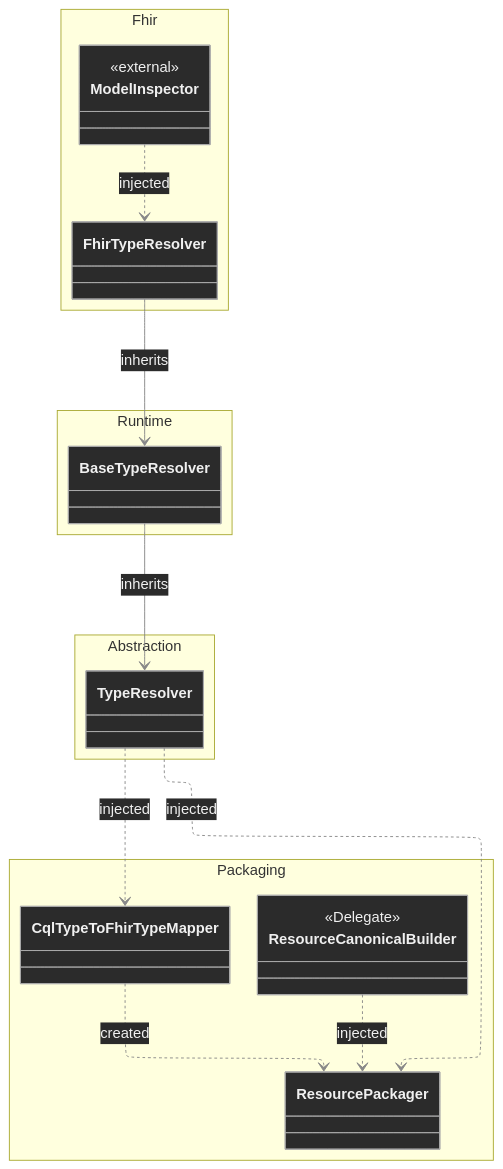
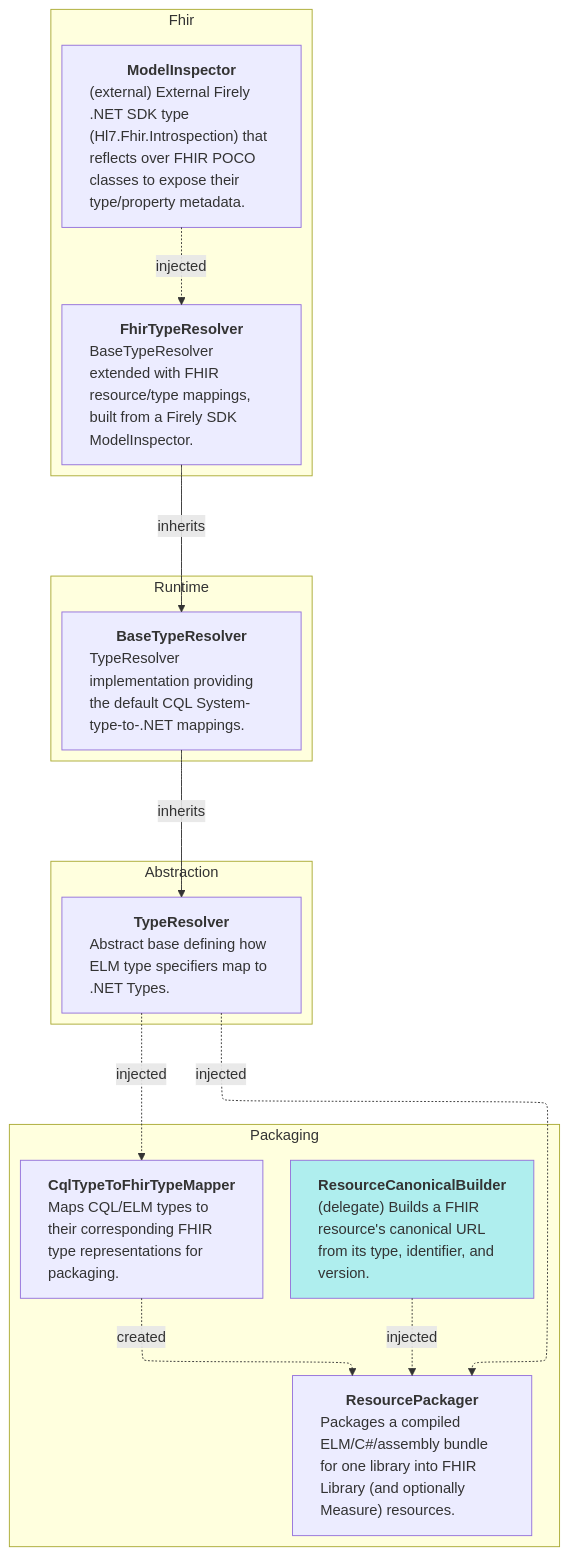
One commit to FirelyTeam/firely-cql-sdk changed the diagram in docs/diagrams/dependency-diagrams.packaging-toolkit-services.mmd. Above: the diagram before and after it, drawn with Mermaid. The commit also changed 8 other files, not shown here.

First line of the commit message:
Replace UML class boxes with title+description flowchart cards

```diff
--- a/docs/diagrams/dependency-diagrams.packaging-toolkit-services.mmd
+++ b/docs/diagrams/dependency-diagrams.packaging-toolkit-services.mmd
@@ -1,50 +1,45 @@
 %%{init: {
     'layout': 'elk',
     'themeVariables':{
-      'lineColor': '#888',
-      'lineWidth': 4,
-      'mainBkg': '#2b2b2b',
-      'classText': '#f0f0f0',
-      'nodeBorder': '#aaaaaa'
+      'lineColor': '#333',
+      'lineWidth': 4
     },
-    'themeCSS': '.labelBkg { background: transparent !important; } .edgeLabel .label rect { fill: transparent !important; } .edgeLabel .label span { background: transparent !important; } .edgeLabel, .edgeLabel p { color: #333 !important; }'
+    'themeCSS': '.edgeLabel, .edgeLabel p, .edgeLabel rect, .labelBkg { background: transparent !important; background-color: transparent !important; fill: transparent !important; }'
 }}%%
 
-classDiagram
+flowchart TB
 
-    direction TB
+subgraph Packaging
+direction TB
+ResourcePackager["<b>ResourcePackager</b><br/><div style='text-align:left; max-width:280px; overflow-wrap:anywhere;'>Packages a compiled ELM/C#/assembly bundle for one library into FHIR Library (and optionally Measure) resources.</div>"]
+ResourceCanonicalBuilder["<b>ResourceCanonicalBuilder</b><br/><div style='text-align:left; max-width:280px; overflow-wrap:anywhere;'>(delegate) Builds a FHIR resource's canonical URL from its type, identifier, and version.</div>"]
+CqlTypeToFhirTypeMapper["<b>CqlTypeToFhirTypeMapper</b><br/><div style='text-align:left; max-width:280px; overflow-wrap:anywhere;'>Maps CQL/ELM types to their corresponding FHIR type representations for packaging.</div>"]
+end
 
-    namespace Packaging {
-        class ResourcePackager { }
-        class ResourceCanonicalBuilder {
-            <<Delegate>>
-        }
-        class CqlTypeToFhirTypeMapper { }
-    }
+subgraph Abstraction
+direction TB
+TypeResolver["<b>TypeResolver</b><br/><div style='text-align:left; max-width:280px; overflow-wrap:anywhere;'>Abstract base defining how ELM type specifiers map to .NET Types.</div>"]
+end
 
-    namespace Abstraction {
-        class TypeResolver { }
-    }
+subgraph Runtime
+direction TB
+BaseTypeResolver["<b>BaseTypeResolver</b><br/><div style='text-align:left; max-width:280px; overflow-wrap:anywhere;'>TypeResolver implementation providing the default CQL System-type-to-.NET mappings.</div>"]
+end
 
-    namespace Runtime {
-        class BaseTypeResolver { }
-    }
+subgraph Fhir
+direction TB
+FhirTypeResolver["<b>FhirTypeResolver</b><br/><div style='text-align:left; max-width:280px; overflow-wrap:anywhere;'>BaseTypeResolver extended with FHIR resource/type mappings, built from a Firely SDK ModelInspector.</div>"]
+ModelInspector["<b>ModelInspector</b><br/><div style='text-align:left; max-width:280px; overflow-wrap:anywhere;'>(external) External Firely .NET SDK type (Hl7.Fhir.Introspection) that reflects over FHIR POCO classes to expose their type/property metadata.</div>"]
+end
 
-    namespace Fhir {
-        class FhirTypeResolver { }
-        class ModelInspector {
-            <<external>>
-        }
-    }
+BaseTypeResolver -->|inherits| TypeResolver
+FhirTypeResolver -->|inherits| BaseTypeResolver
 
-    %% Inheritance  
-    BaseTypeResolver --> TypeResolver : inherits
-    FhirTypeResolver --> BaseTypeResolver : inherits
-    
-    %% Dependencies                                                 
-    TypeResolver ..> ResourcePackager : injected
-    ResourceCanonicalBuilder ..> ResourcePackager : injected
-    TypeResolver ..> CqlTypeToFhirTypeMapper : injected
-    CqlTypeToFhirTypeMapper ..> ResourcePackager : created
-    
-    ModelInspector ..> FhirTypeResolver : injected
+TypeResolver -.->|injected| ResourcePackager
+ResourceCanonicalBuilder -.->|injected| ResourcePackager
+TypeResolver -.->|injected| CqlTypeToFhirTypeMapper
+CqlTypeToFhirTypeMapper -.->|created| ResourcePackager
+
+ModelInspector -.->|injected| FhirTypeResolver
+
+style ResourceCanonicalBuilder fill:#AFEEEE
```
